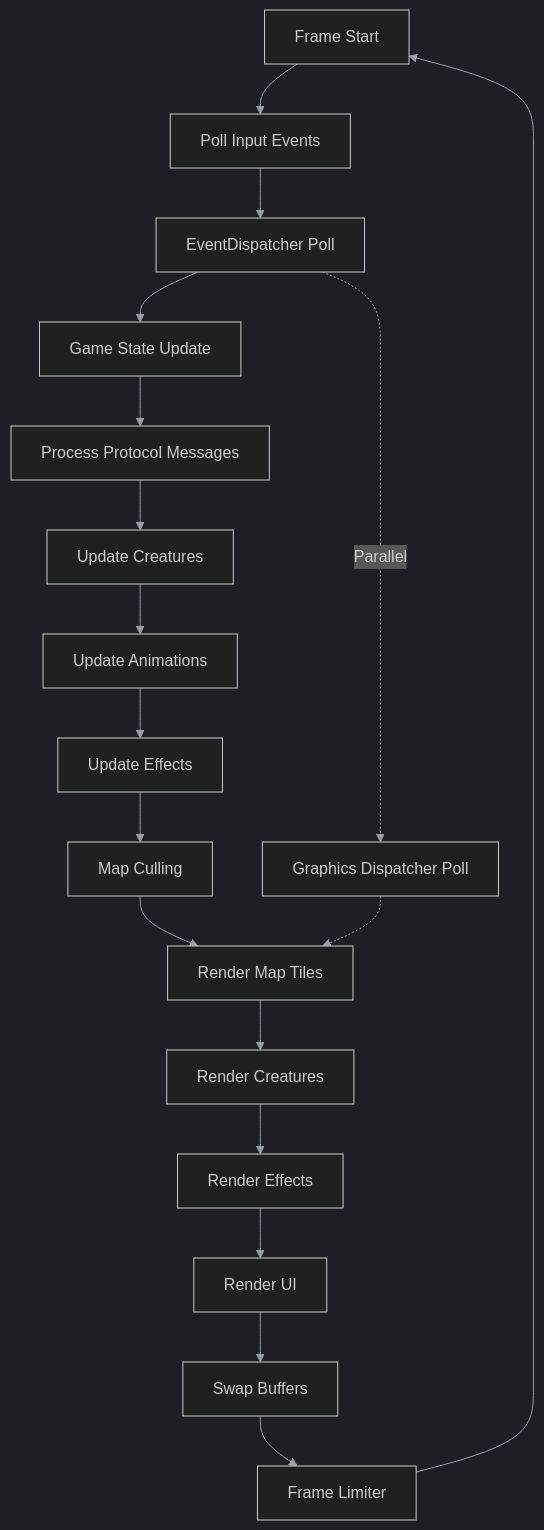
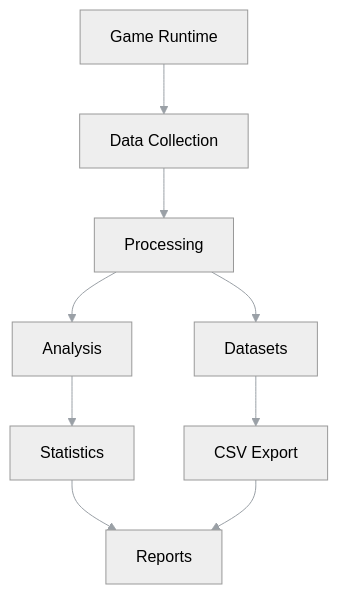
The second of 7 diagrams in docs/authoring/10_game_runtime/index.md (lukaszj321/otcv8-dev), drawn with Mermaid before and after one commit. The commit also changed other lines of this file and 14 other files, not shown here.

Commit message:
Regenerate authoring index pages with inline Mermaid

````diff
--- a/docs/authoring/10_game_runtime/index.md
+++ b/docs/authoring/10_game_runtime/index.md
@@ -123,26 +105,13 @@
 ```{mermaid}
-:caption: Game Loop Cycle
-%%{init: {'theme':'dark','themeVariables':{'primaryTextColor':'#ddd','lineColor':'#9aa0a6'}}}%%
+%%{init: { 'theme': 'neutral', 'themeVariables': { 'primaryTextColor': '#ddd', 'lineColor': '#9aa0a6' } }}%%
 graph TD
-    Start[Frame Start] --> PollInput[Poll Input Events]
-    PollInput --> PollEvents[EventDispatcher Poll]
-    PollEvents --> UpdateGame[Game State Update]
-    
-    UpdateGame --> ProcessProtocol[Process Protocol Messages]
-    ProcessProtocol --> UpdateCreatures[Update Creatures]
-    UpdateCreatures --> UpdateAnimations[Update Animations]
-    UpdateAnimations --> UpdateEffects[Update Effects]
-    
-    UpdateEffects --> CullMap[Map Culling]
-    CullMap --> RenderTiles[Render Map Tiles]
-    RenderTiles --> RenderCreatures[Render Creatures]
-    RenderCreatures --> RenderEffects[Render Effects]
-    RenderEffects --> RenderUI[Render UI]
-    
-    RenderUI --> SwapBuffers[Swap Buffers]
-    SwapBuffers --> FrameLimit[Frame Limiter]
-    FrameLimit --> Start
-    
-    PollEvents -.->|Parallel| GraphicsPoll[Graphics Dispatcher Poll]
-    GraphicsPoll -.-> RenderTiles
+    A[Game Runtime] --> B[Data Collection]
+    B --> C[Processing]
+    C --> D[Datasets]
+    C --> E[Analysis]
+    D --> F[CSV Export]
+    E --> G[Statistics]
+    G --> H[Reports]
+    F --> H
+click Flow "./index.html#facet-10_game_runtime.flow" "Open flow"
 ```
````
